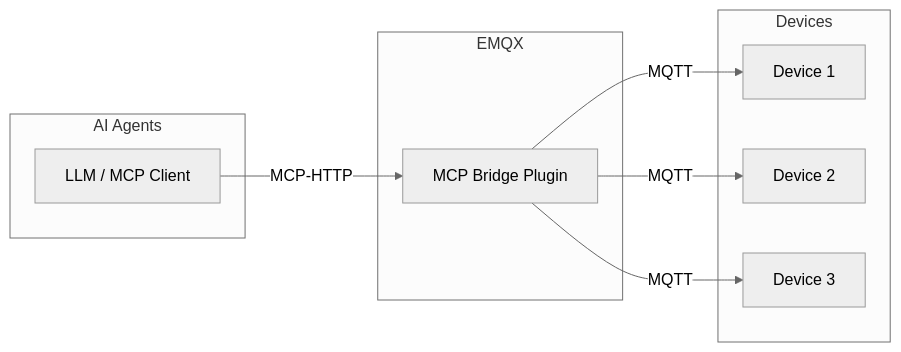
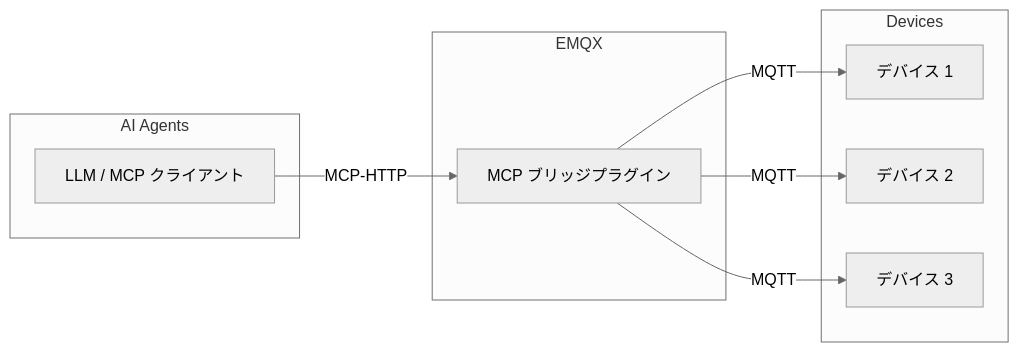
Before and after one commit to emqx/emqx-docs: the first of 3 diagrams in ja_JP/emqx-ai/mcp-bridge/overview.md, drawn with Mermaid (neutral theme). The commit also changed other lines of this file and 75 other files, not shown here.

````diff
--- a/ja_JP/emqx-ai/mcp-bridge/overview.md
+++ b/ja_JP/emqx-ai/mcp-bridge/overview.md
@@ -11,18 +11,18 @@
 ```mermaid
 graph LR
     subgraph "EMQX"
-        MB[MCP Bridge Plugin]
+        MB[MCP ブリッジプラグイン]
     end
     subgraph "AI Agents"
-        M1[LLM / MCP Client]
+        M1[LLM / MCP クライアント]
         M1 --> |MCP-HTTP| MB
     end
     subgraph "Devices"
-        D1[Device 1]
-        D2[Device 2]
-        D3[Device 3]
+        D1[デバイス 1]
+        D2[デバイス 2]
+        D3[デバイス 3]
         MB --> |MQTT| D1
         MB --> |MQTT| D2
         MB --> |MQTT| D3
     end
 ```
````
